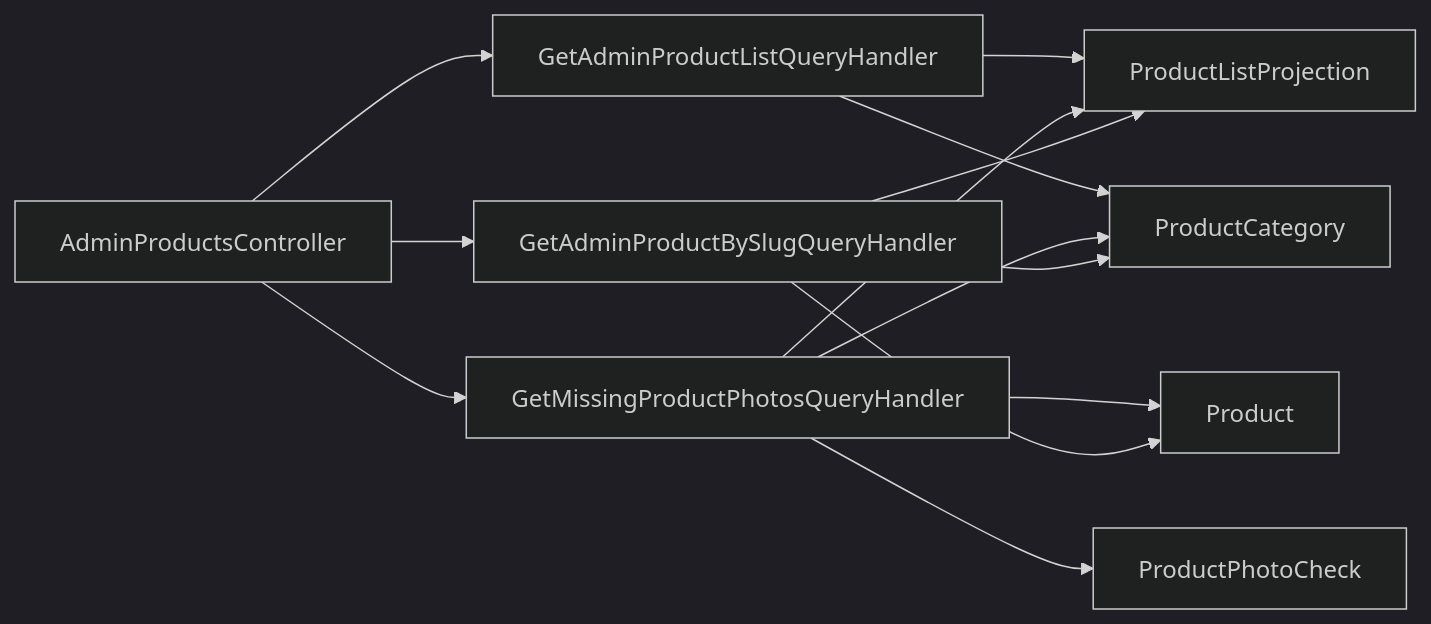
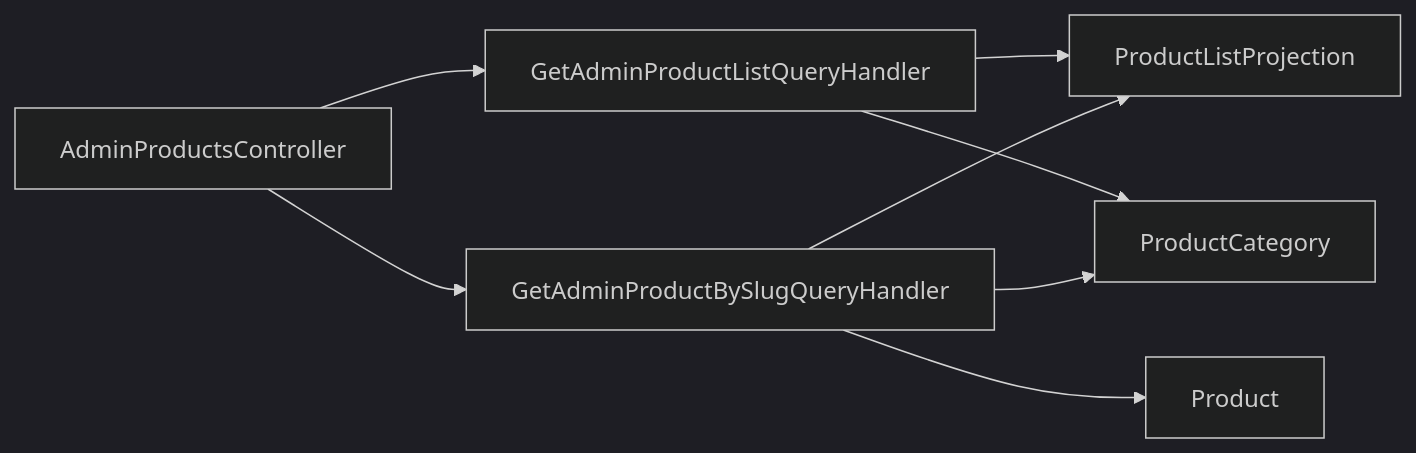
Before and after one commit to Weretik/KedrStore: the diagram in docs/sdd/features/catalog/admin-products.md, drawn with Mermaid (dark theme). The commit also changed other lines of this file and 15 other files, not shown here.

First line of the commit message:
docs: product photos and schemes from the media library (Media 001 stage 3)

````diff
--- a/docs/sdd/features/catalog/admin-products.md
+++ b/docs/sdd/features/catalog/admin-products.md
@@ -37,15 +34,10 @@
 ```mermaid
 flowchart LR
     A["AdminProductsController"] --> B["GetAdminProductListQueryHandler"]
-    A --> C["GetMissingProductPhotosQueryHandler"]
     A --> G["GetAdminProductBySlugQueryHandler"]
     B --> D["ProductListProjection"]
     B --> H["ProductCategory"]
-    C --> D
-    C --> H
-    C --> E["Product"]
-    C --> F["ProductPhotoCheck"]
     G --> D
-    G --> E
+    G --> E["Product"]
     G --> H["ProductCategory"]
 ```
````
